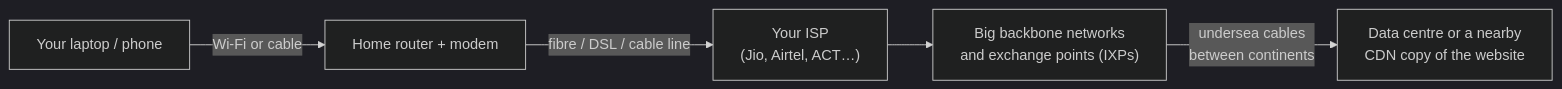
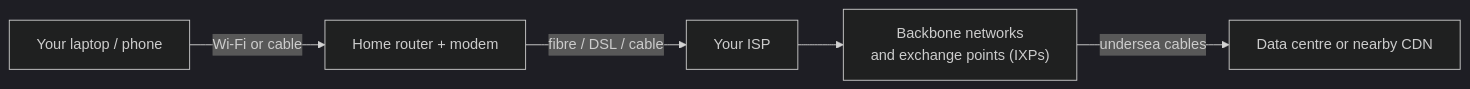
Before and after one commit to sathsure/Tech-Mastery-Hub: the diagram in interview/under-the-hood/13-How-the-Internet-Is-Connected.md, drawn with Mermaid (dark theme). The commit also changed other lines of this file and 69 other files, not shown here.

````diff
--- a/interview/under-the-hood/13-How-the-Internet-Is-Connected.md
+++ b/interview/under-the-hood/13-How-the-Internet-Is-Connected.md
@@ -9,7 +23,7 @@
 ```mermaid
 flowchart LR
   A["Your laptop / phone"] -->|"Wi-Fi or cable"| B["Home router + modem"]
-  B -->|"fibre / DSL / cable line"| C["Your ISP<br/>(Jio, Airtel, ACT…)"]
-  C --> D["Big backbone networks<br/>and exchange points (IXPs)"]
-  D -->|"undersea cables<br/>between continents"| E["Data centre or a nearby<br/>CDN copy of the website"]
+  B -->|"fibre / DSL / cable"| C["Your ISP"]
+  C --> D["Backbone networks<br/>and exchange points (IXPs)"]
+  D -->|"undersea cables"| E["Data centre or nearby CDN"]
 ```
````
